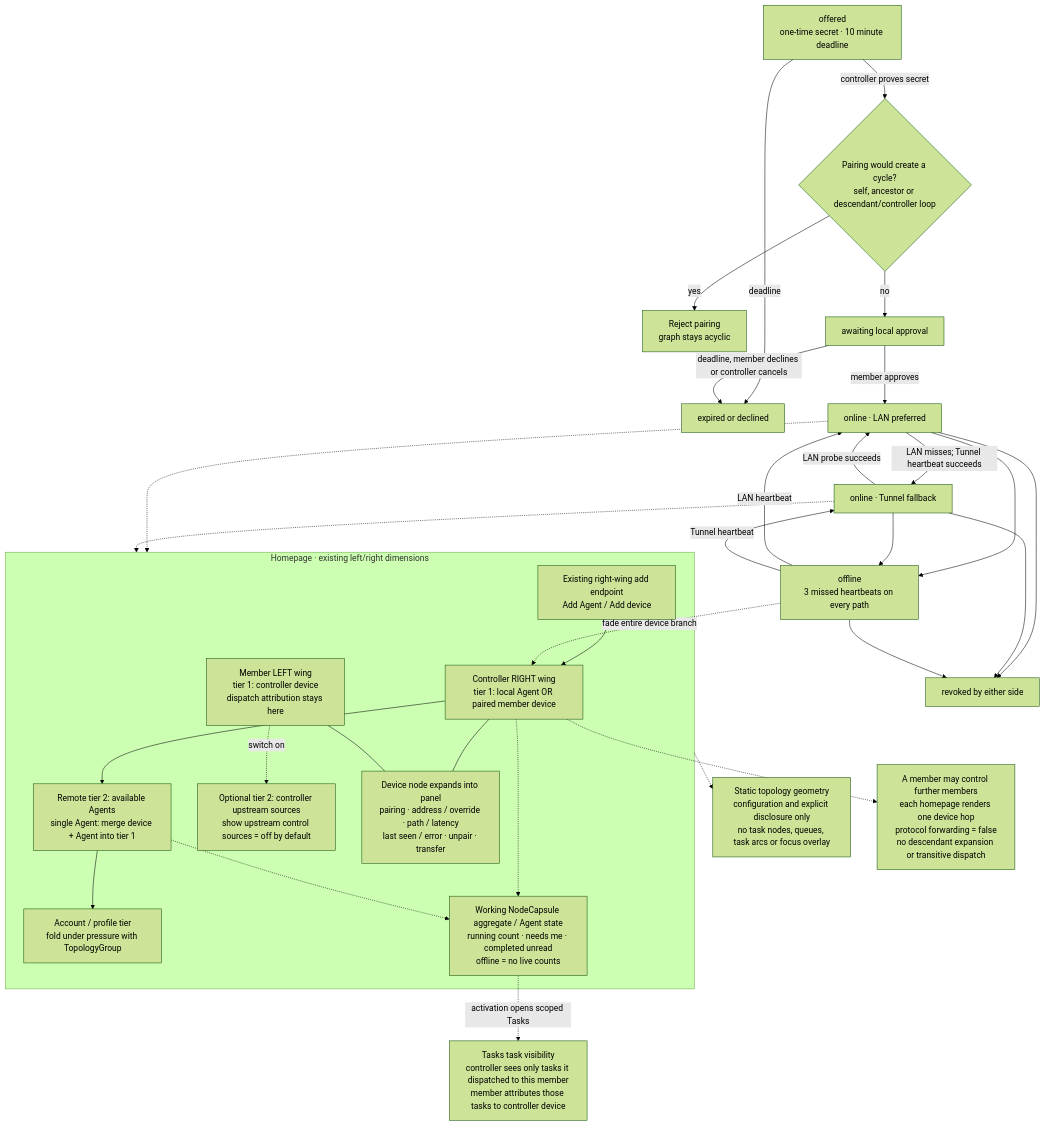
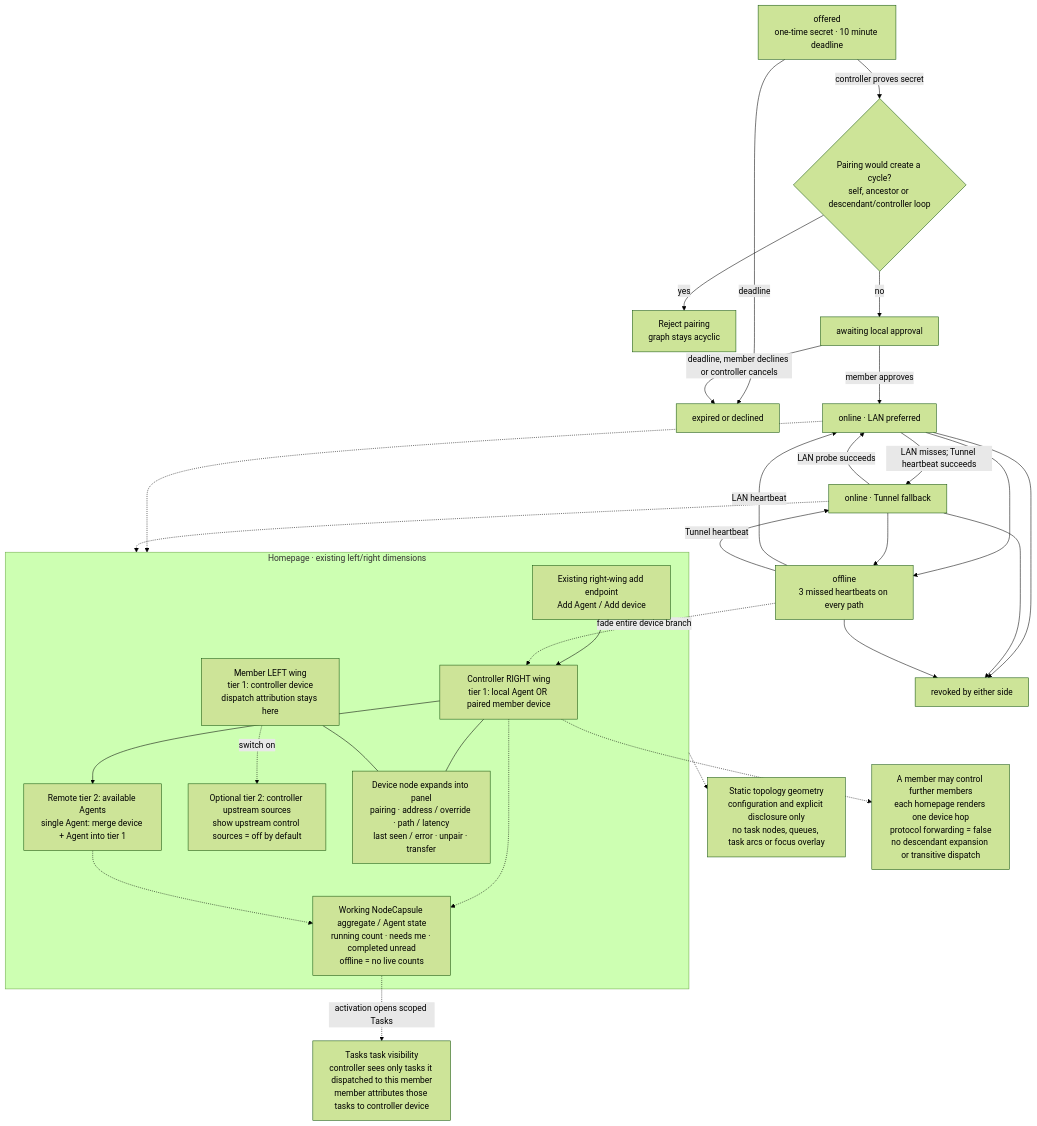
The diagram in arch/mechanisms/device-link.mmd (whzxc/agent-remote-control), drawn with Mermaid (forest theme) before and after one commit. The commit also changed 118 other files, not shown here.

Commit message:
refactor(accounts,dispatch): remove agent multi-account routing and add optional local gateway telemetry

```diff
--- a/arch/mechanisms/device-link.mmd
+++ b/arch/mechanisms/device-link.mmd
@@ -1,57 +1,56 @@
 %% Device link (layer 2): pairing guard and one-hop homepage projections.
 %% Index and code mapping: docs/dev/arch-assets.md
 flowchart TB
   offer["offered<br/>one-time secret · 10 minute deadline"]
   guard{"Pairing would create a cycle?<br/>self, ancestor or descendant/controller loop"}
   reject["Reject pairing<br/>graph stays acyclic"]
   pending["awaiting local approval"]
   expired["expired or declined"]
   lan["online · LAN preferred"]
   tunnel["online · Tunnel fallback"]
   offline["offline<br/>3 missed heartbeats on every path"]
   revoked["revoked by either side"]
   offer -->|"controller proves secret"| guard
   guard -->|"yes"| reject
   guard -->|"no"| pending
   offer -->|"deadline"| expired
   pending -->|"deadline, member declines or controller cancels"| expired
   pending -->|"member approves"| lan
   lan -->|"LAN misses; Tunnel heartbeat succeeds"| tunnel
   tunnel -->|"LAN probe succeeds"| lan
   lan --> offline
   tunnel --> offline
   offline -->|"LAN heartbeat"| lan
   offline -->|"Tunnel heartbeat"| tunnel
   lan --> revoked
   tunnel --> revoked
   offline --> revoked
   subgraph VIEW["Homepage · existing left/right dimensions"]
     right["Controller RIGHT wing<br/>tier 1: local Agent OR paired member device"]
     agent["Remote tier 2: available Agents<br/>single Agent: merge device + Agent into tier 1"]
-    account["Account / profile tier<br/>fold under pressure with TopologyGroup"]
     badges["Working NodeCapsule aggregate / Agent state<br/>running count · needs me · completed unread<br/>offline = no live counts"]
     left["Member LEFT wing<br/>tier 1: controller device<br/>dispatch attribution stays here"]
     upstream["Optional tier 2: controller upstream sources<br/>show upstream control sources = off by default"]
     management["Device node expands into panel<br/>pairing · address / override · path / latency<br/>last seen / error · unpair · transfer"]
     add["Existing right-wing add endpoint<br/>Add Agent / Add device"]
-    right --> agent --> account
+    right --> agent
     right -.-> badges
     agent -.-> badges
     left -.->|"switch on"| upstream
     right --- management
     left --- management
     add --> right
   end
   geometry["Static topology geometry<br/>configuration and explicit disclosure only<br/>no task nodes, queues, task arcs or focus overlay"]
   visibility["Tasks task visibility<br/>controller sees only tasks it dispatched to this member<br/>member attributes those tasks to controller device"]
   VIEW -.-> geometry
   badges -.->|"activation opens scoped Tasks"| visibility
   lan -.-> VIEW
   tunnel -.-> VIEW
   offline -.->|"fade entire device branch"| right
   nesting["A member may control further members<br/>each homepage renders one device hop<br/>protocol forwarding = false<br/>no descendant expansion or transitive dispatch"]
   right -.-> nesting
   class offer,pending waiting
   class lan,tunnel done
   class offline,expired,revoked,reject stopped
-  class right,agent,account,badges,geometry,visibility,left,upstream,management,add,nesting experimental
+  class right,agent,badges,geometry,visibility,left,upstream,management,add,nesting experimental
```
